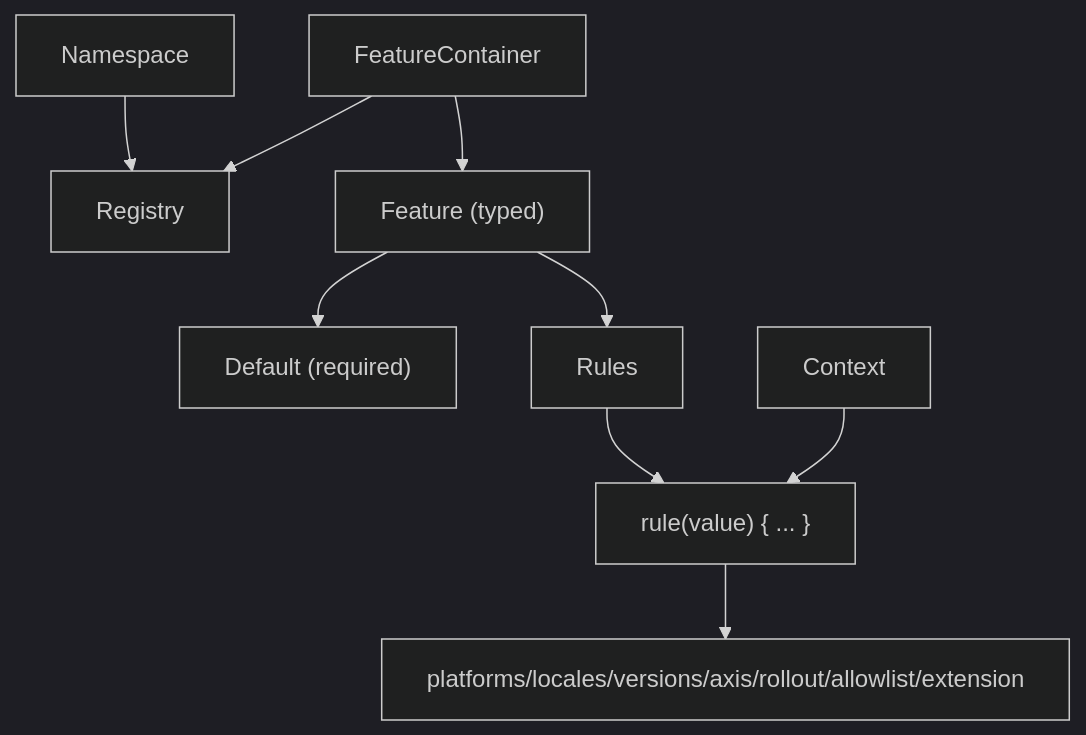
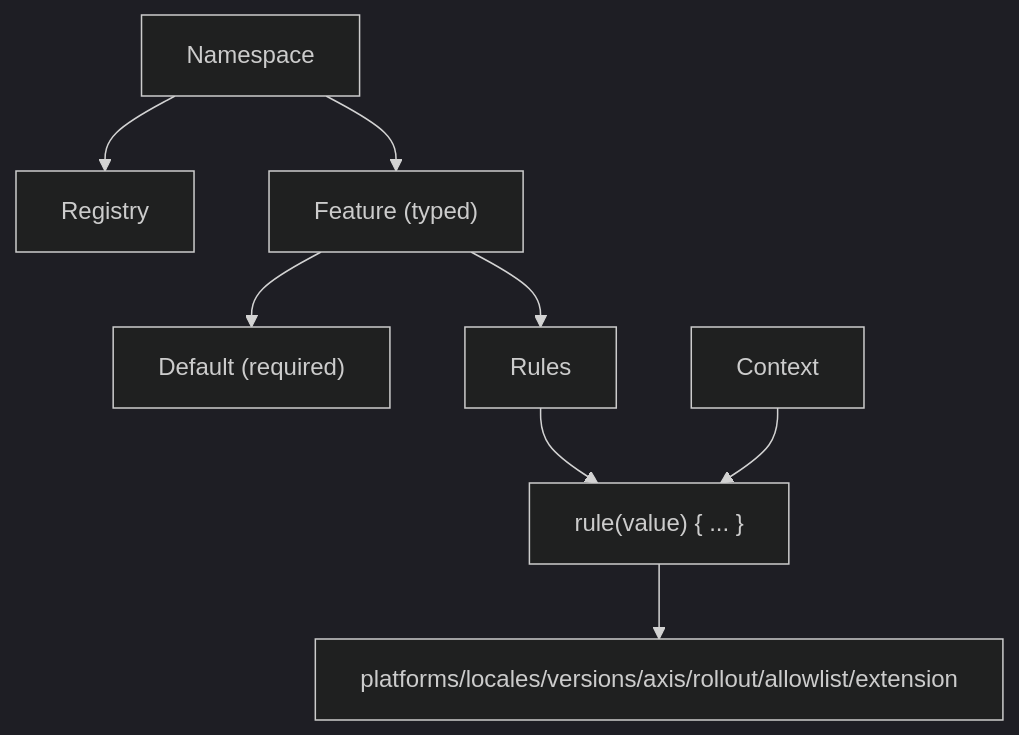
Before and after one commit to amichne/konditional: the diagram in docs/03-core-concepts.md, drawn with Mermaid (dark theme). The commit also changed other lines of this file and 77 other files, not shown here.

Commit message:
Inlined all functionality from FeatureContainer into Namespace, without losing anything, and improved API surface for consumers

````diff
--- a/docs/03-core-concepts.md
+++ b/docs/03-core-concepts.md
@@ -6,11 +6,10 @@
 ```mermaid
 flowchart TD
     N["Namespace"] --> R["Registry"]
-    C["FeatureContainer"] --> R
-    C --> F["Feature (typed)"]
+    N --> F["Feature (typed)"]
     F --> D["Default (required)"]
     F --> Rules["Rules"]
     Rules --> Rule["rule(value) { ... }"]
     Rule --> Criteria["platforms/locales/versions/axis/rollout/allowlist/extension"]
     X["Context"] --> Rule
 ```
````
